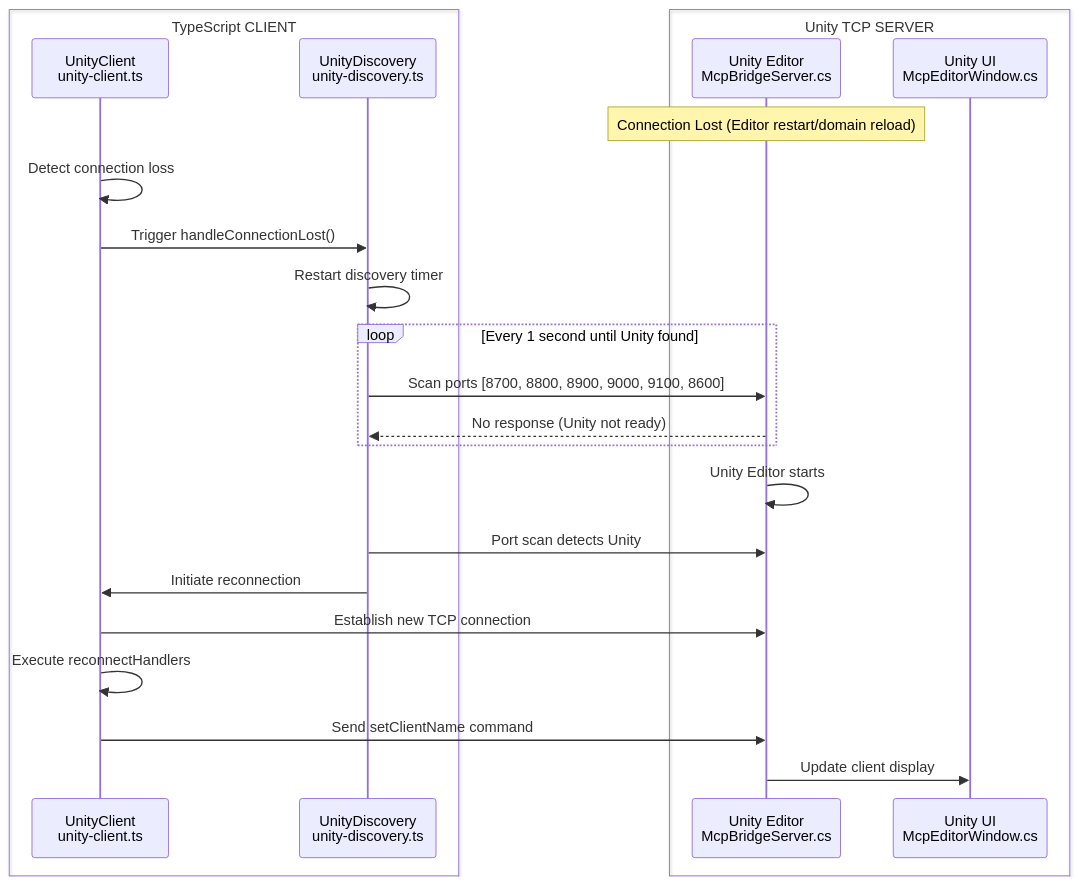
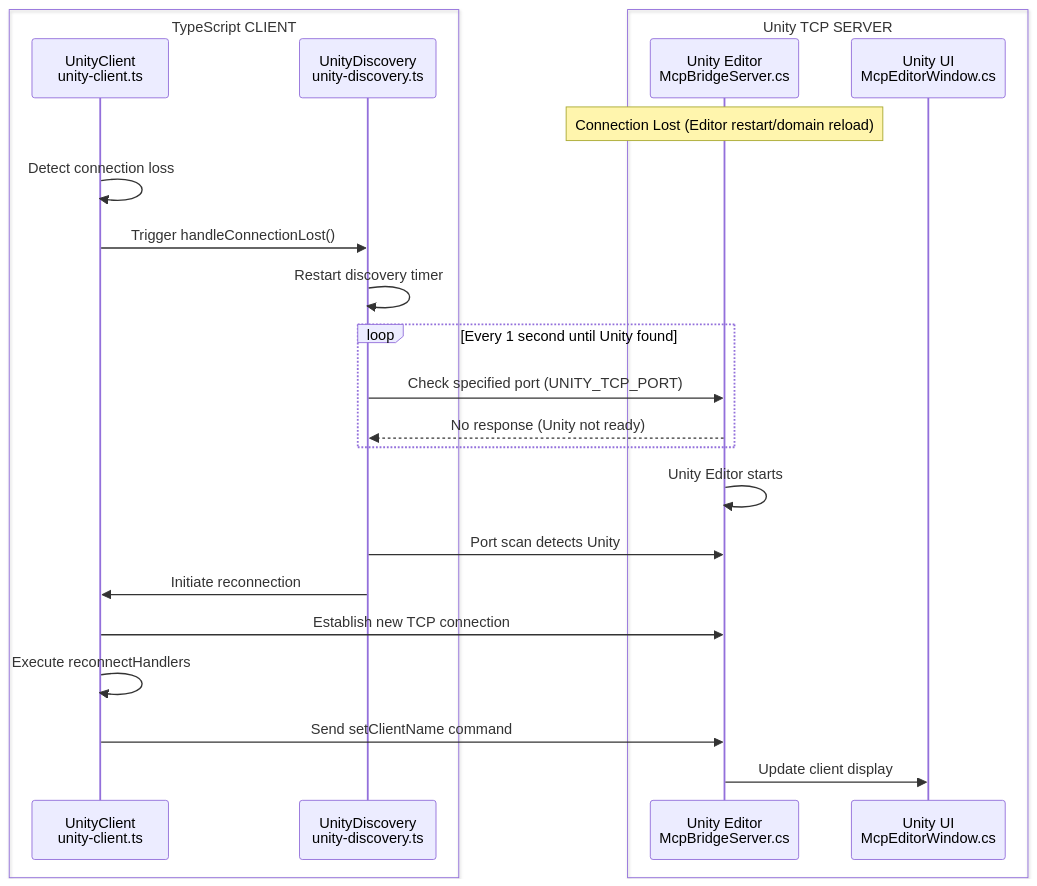
The seventh of 16 diagrams in Packages/src/ARCHITECTURE.md (hatayama/uLoopMCP), drawn with Mermaid before and after one commit. The commit also changed other lines of this file and 3 other files, not shown here.

First line of the commit message:
refactor: optimize Unity discovery to use single specified port

````diff
--- a/Packages/src/ARCHITECTURE.md
+++ b/Packages/src/ARCHITECTURE.md
@@ -498,30 +498,30 @@
 ```mermaid
 sequenceDiagram
     box TypeScript CLIENT
     participant UC as UnityClient<br/>unity-client.ts
     participant UD as UnityDiscovery<br/>unity-discovery.ts
     end
     
     box Unity TCP SERVER
     participant Unity as Unity Editor<br/>McpBridgeServer.cs
     participant UI as Unity UI<br/>McpEditorWindow.cs
     end
     
     Note over Unity: Connection Lost (Editor restart/domain reload)
     UC->>UC: Detect connection loss
     UC->>UD: Trigger handleConnectionLost()
     UD->>UD: Restart discovery timer
     
     loop Every 1 second until Unity found
-        UD->>Unity: Scan ports [8700, 8800, 8900, 9000, 9100, 8600]
+        UD->>Unity: Check specified port (UNITY_TCP_PORT)
         Unity-->>UD: No response (Unity not ready)
     end
     
     Unity->>Unity: Unity Editor starts
     UD->>Unity: Port scan detects Unity
     UD->>UC: Initiate reconnection
     UC->>Unity: Establish new TCP connection
     UC->>UC: Execute reconnectHandlers
     UC->>Unity: Send setClientName command
     Unity->>UI: Update client display
 ```
````
